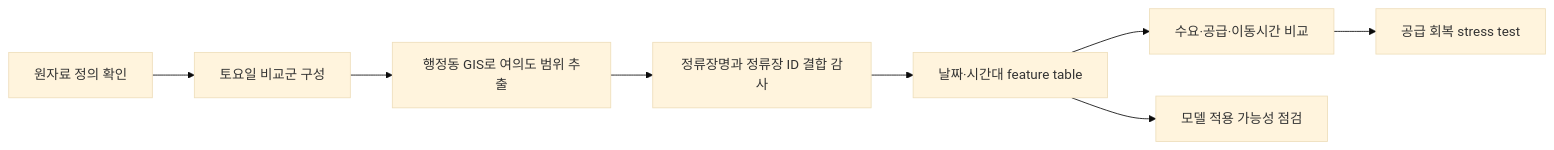
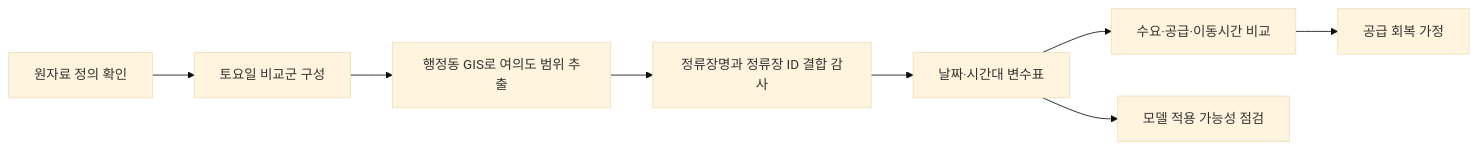
Before and after one commit to yoon-chan-hyeok/yeouido-festival-mobility-analysis: the diagram in README.md, drawn with Mermaid (base theme). The commit also changed other lines of this file, not shown here.

````diff
--- a/README.md
+++ b/README.md
@@ -36,10 +38,10 @@
 ```mermaid
 flowchart LR
     A["원자료 정의 확인"] --> B["토요일 비교군 구성"]
     B --> C["행정동 GIS로 여의도 범위 추출"]
     C --> D["정류장명과 정류장 ID 결합 감사"]
-    D --> E["날짜·시간대 feature table"]
+    D --> E["날짜·시간대 변수표"]
     E --> F["수요·공급·이동시간 비교"]
-    F --> G["공급 회복 stress test"]
+    F --> G["공급 회복 가정"]
     E --> H["모델 적용 가능성 점검"]
 ```
````
